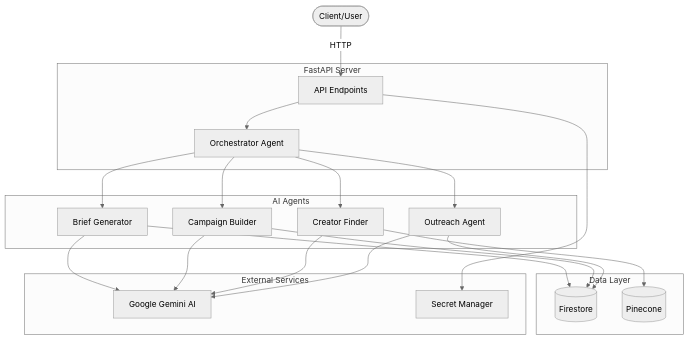
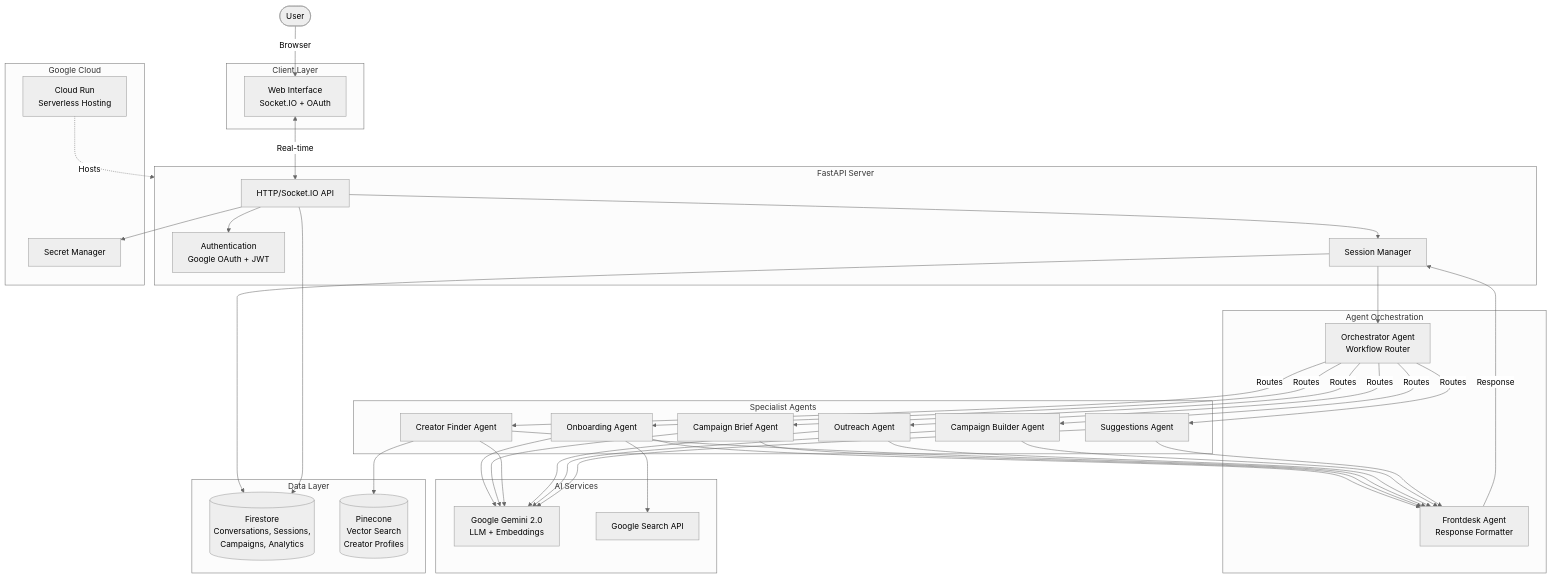
The diagram in README.md (oron-mozes/creo), drawn with Mermaid (neutral theme) before and after one commit. The commit also changed other lines of this file and 17 other files, not shown here.

First line of the commit message:
Consolidate all GEMINI_API_KEY references to GOOGLE_API_KEY

````diff
--- a/README.md
+++ b/README.md
@@ -43,47 +67,80 @@
 ```mermaid
-flowchart TD
-    Client([Client/User])
+flowchart TB
+    User([User])
+
+    subgraph Client [Client Layer]
+        WebUI[Web Interface<br/>Socket.IO + OAuth]
+    end
 
     subgraph Server [FastAPI Server]
-        API[API Endpoints]
-        Orchestrator[Orchestrator Agent]
+        API[HTTP/Socket.IO API]
+        Auth[Authentication<br/>Google OAuth + JWT]
+        Session[Session Manager]
     end
 
-    subgraph Agents [AI Agents]
-        Brief[Brief Generator]
-        Campaign[Campaign Builder]
-        Creator[Creator Finder]
+    subgraph Orchestration [Agent Orchestration]
+        Orchestrator[Orchestrator Agent<br/>Workflow Router]
+        Frontdesk[Frontdesk Agent<br/>Response Formatter]
+    end
+
+    subgraph Specialist [Specialist Agents]
+        Onboarding[Onboarding Agent]
+        Brief[Campaign Brief Agent]
+        Creator[Creator Finder Agent]
         Outreach[Outreach Agent]
+        Campaign[Campaign Builder Agent]
+        Suggestions[Suggestions Agent]
     end
 
     subgraph Data [Data Layer]
-        Firestore[(Firestore)]
-        Pinecone[(Pinecone)]
+        Firestore[(Firestore<br/>Conversations, Sessions,<br/>Campaigns, Analytics)]
+        Pinecone[(Pinecone<br/>Vector Search<br/>Creator Profiles)]
     end
 
-    subgraph External [External Services]
-        Gemini[Google Gemini AI]
-        Secrets[Secret Manager]
+    subgraph AI [AI Services]
+        Gemini[Google Gemini 2.0<br/>LLM + Embeddings]
+        Search[Google Search API]
     end
 
-    Client -->|HTTP| API
-    API --> Orchestrator
+    subgraph Infrastructure [Google Cloud]
+        CloudRun[Cloud Run<br/>Serverless Hosting]
+        SecretMgr[Secret Manager]
+    end
 
-    Orchestrator --> Brief
-    Orchestrator --> Campaign
-    Orchestrator --> Creator
-    Orchestrator --> Outreach
+    User -->|Browser| WebUI
+    WebUI <-->|Real-time| API
+    API --> Auth
+    API --> Session
+    Session --> Orchestrator
 
+    Orchestrator -->|Routes| Onboarding
+    Orchestrator -->|Routes| Brief
+    Orchestrator -->|Routes| Creator
+    Orchestrator -->|Routes| Outreach
+    Orchestrator -->|Routes| Campaign
+    Orchestrator -->|Routes| Suggestions
+
+    Onboarding --> Frontdesk
+    Brief --> Frontdesk
+    Creator --> Frontdesk
+    Outreach --> Frontdesk
+    Campaign --> Frontdesk
+    Suggestions --> Frontdesk
+
+    Frontdesk -->|Response| Session
+
+    Onboarding --> Gemini
+    Onboarding --> Search
     Brief --> Gemini
+    Creator --> Gemini
+    Creator --> Pinecone
+    Outreach --> Gemini
     Campaign --> Gemini
-    Creator --> Gemini
-    Outreach --> Gemini
+    Suggestions --> Gemini
 
-    Brief --> Firestore
-    Campaign --> Firestore
-    Creator --> Pinecone
-    Outreach --> Firestore
+    Session --> Firestore
+    API --> Firestore
 
-    API --> Secrets
-
+    API --> SecretMgr
+    CloudRun -.->|Hosts| Server
 ```
````
